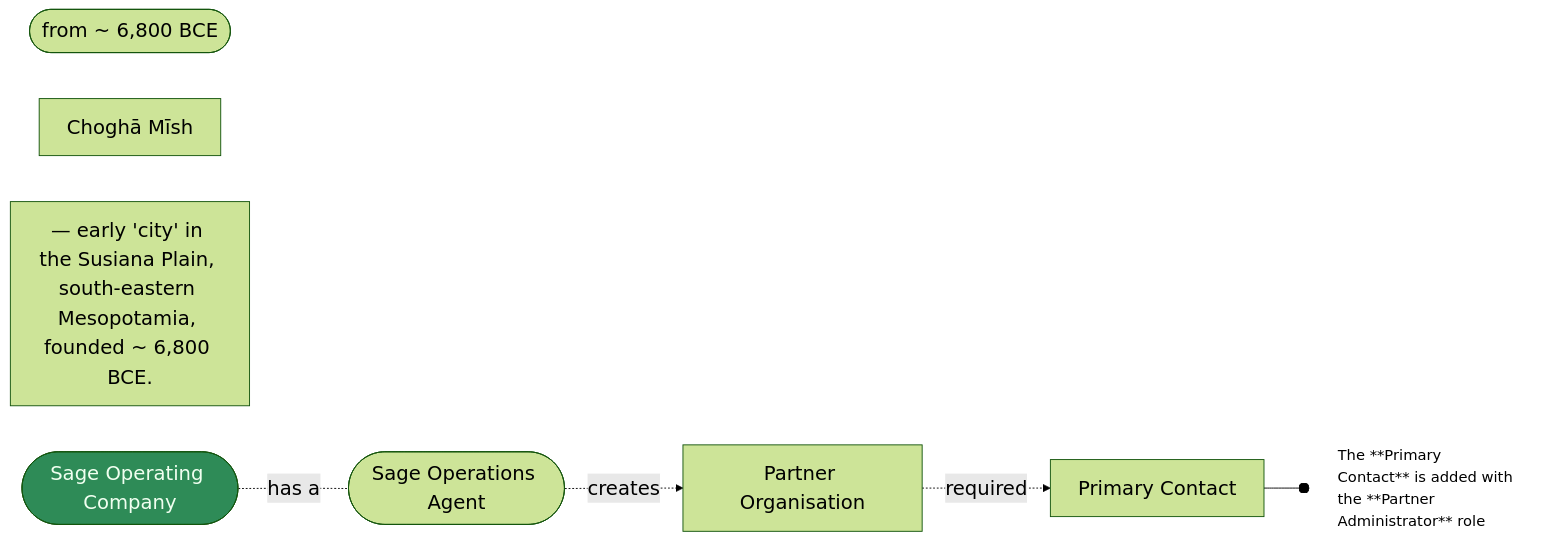
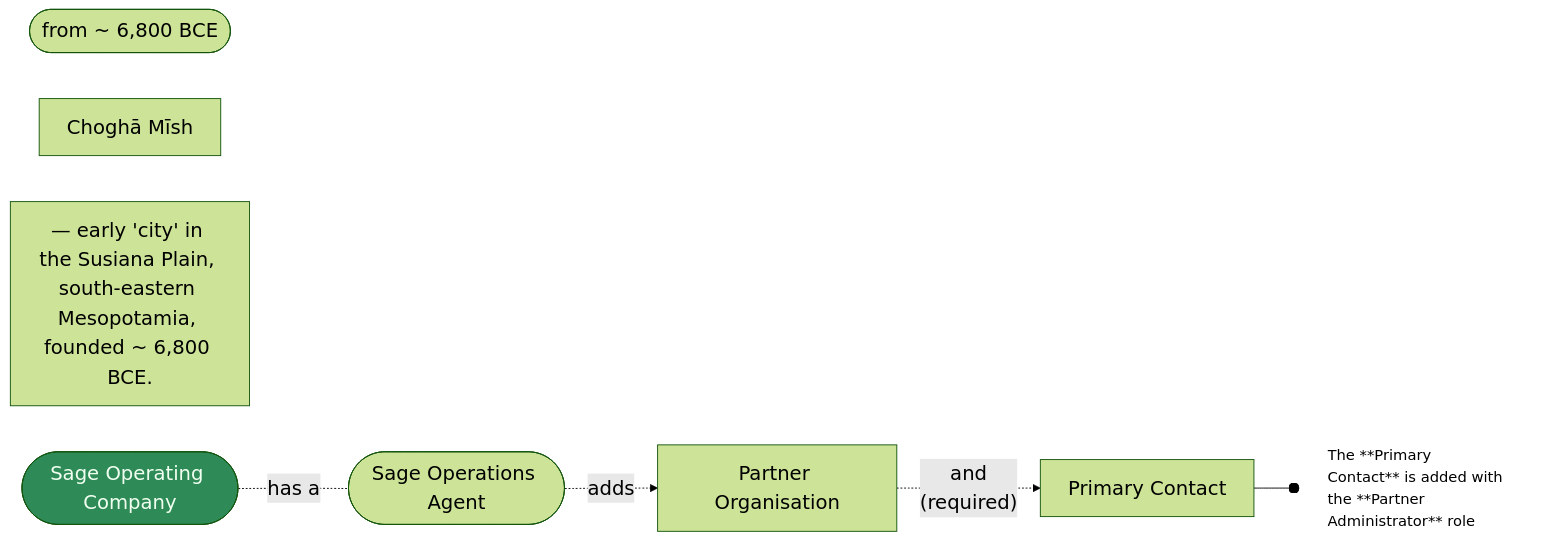
Before and after one commit to joe-dorward/samples: the diagram in 2025_Sage/01_Scenario - Partner organisation.mdx, drawn with Mermaid.

Commit message:
Update 01_Scenario - Partner organisation.mdx

````diff
--- a/2025_Sage/01_Scenario - Partner organisation.mdx
+++ b/2025_Sage/01_Scenario - Partner organisation.mdx
@@ -2,32 +2,32 @@
 ```mermaid
 %%{
   init: {
     'theme': 'forest',
     'themeVariables': {
       'fontSize':'16pt'
     }
   }
 }%%
 flowchart LR
  classDef Sage fill:seagreen, color:honeydew;
  %%classDef Note fill:pink, stroke:white, text-align:left, font-size:12pt, width:400px, margin:0px, padding:10px;
  classDef Note fill:white, stroke:white, text-align:left, font-size:12pt;
 
 
   6800([from ~ 6,800 BCE])
     CHOGHA_MISH[Choghā Mīsh]
     CHOGHA_MISH_NOTE[#151; early 'city' in the Susiana Plain, south-eastern Mesopotamia, founded ~ 6,800 BCE.]
     click CHOGHA_MISH "https://en.wikipedia.org/wiki/Chogha_Mish" _blank
 
 
   SAGE_OPERATING_COMPANY_01([Sage Operating Company])-.has a.-
-  SAGE_OPERATIONS_AGENT_01([Sage Operations Agent])-.creates.->
-  PARTNER_ORGANISATION_01[Partner Organisation]-.required.->
+  SAGE_OPERATIONS_AGENT_01([Sage Operations Agent])-.adds.->
+  PARTNER_ORGANISATION_01[Partner Organisation]-.and<br/>(required).->
   PRIMARY_CONTACT_01[Primary Contact]--o
   PRIMARY_CONTACT_01_NOTE[The **Primary Contact** is added with the **Partner Administrator** role]
 
 
 
   class SAGE_OPERATING_COMPANY_01 Sage
   class PRIMARY_CONTACT_01_NOTE Note
 ```
````
